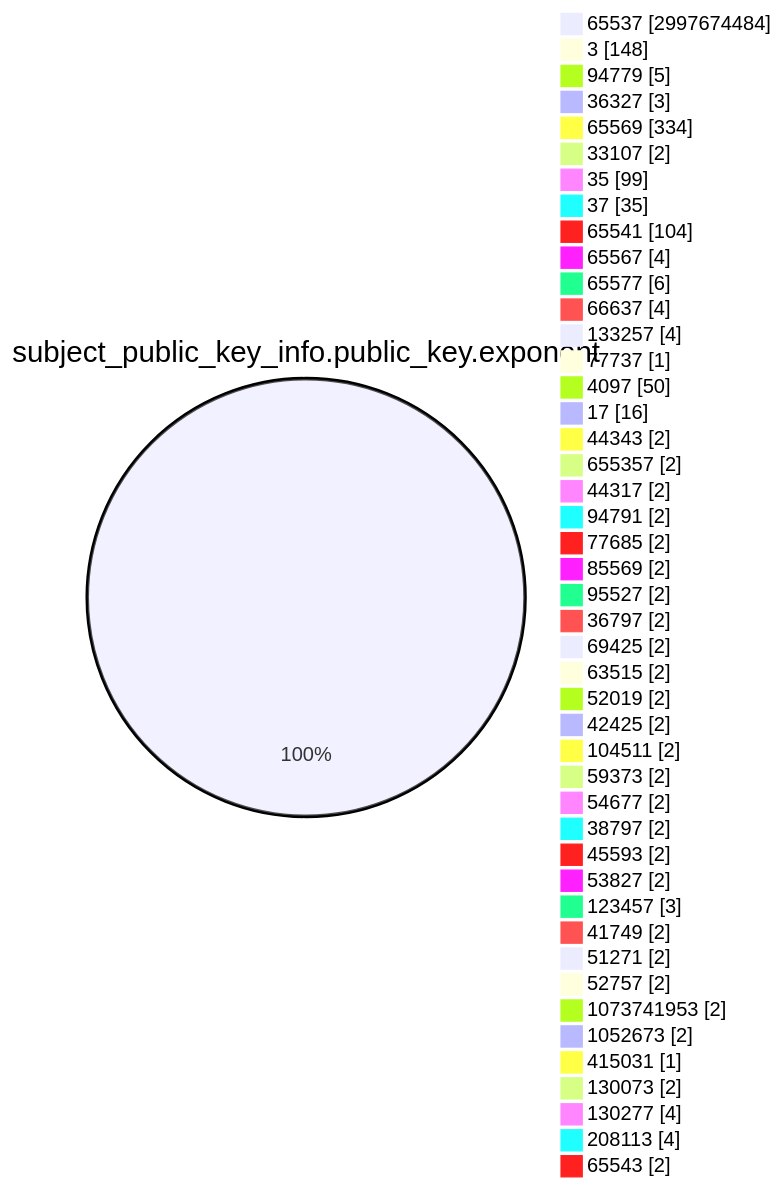
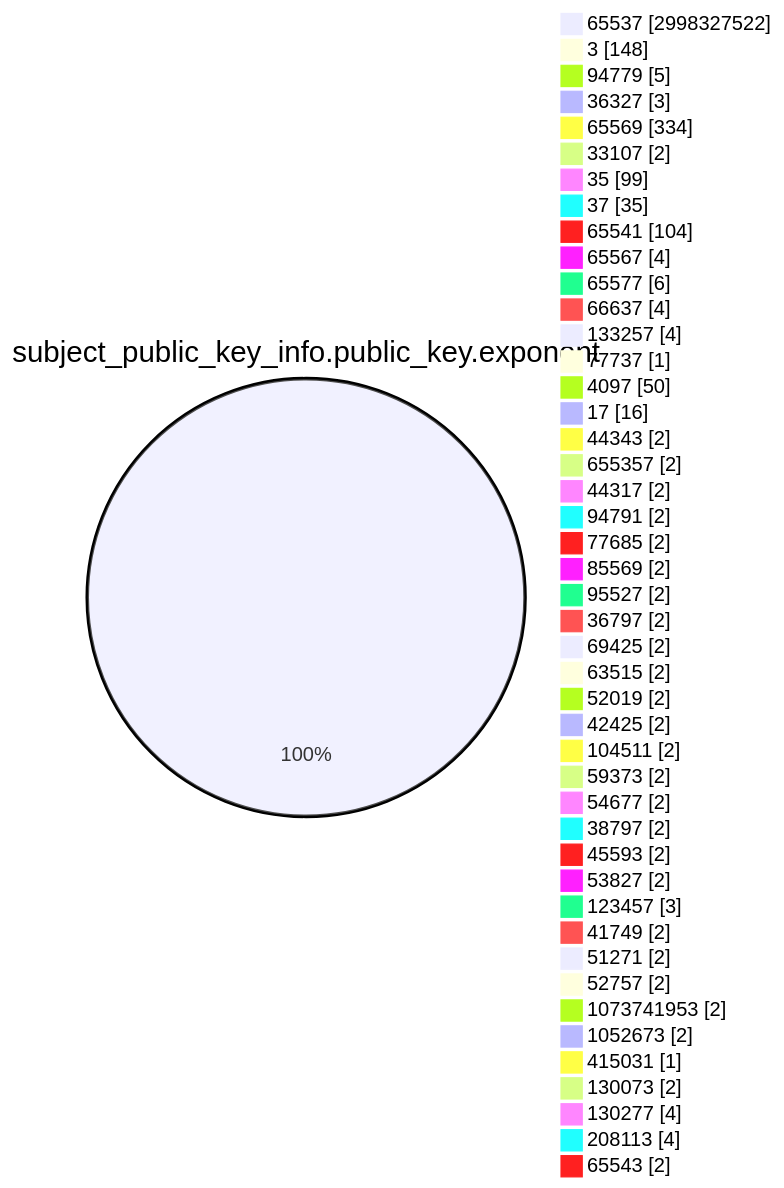
Before and after one commit to christiankrug/ctmonitor_visualization: the fourth of 15 diagrams in TOTAL/README.md, drawn with Mermaid. The commit also changed other lines of this file, not shown here.

````diff
--- a/TOTAL/README.md
+++ b/TOTAL/README.md
@@ -1472,49 +1472,49 @@
 ```mermaid
 pie showData
 title subject_public_key_info.public_key.exponent
-"65537" :2997674484
+"65537" :2998327522
 "3" :148
 "94779" :5
 "36327" :3
 "65569" :334
 "33107" :2
 "35" :99
 "37" :35
 "65541" :104
 "65567" :4
 "65577" :6
 "66637" :4
 "133257" :4
 "77737" :1
 "4097" :50
 "17" :16
 "44343" :2
 "655357" :2
 "44317" :2
 "94791" :2
 "77685" :2
 "85569" :2
 "95527" :2
 "36797" :2
 "69425" :2
 "63515" :2
 "52019" :2
 "42425" :2
 "104511" :2
 "59373" :2
 "54677" :2
 "38797" :2
 "45593" :2
 "53827" :2
 "123457" :3
 "41749" :2
 "51271" :2
 "52757" :2
 "1073741953" :2
 "1052673" :2
 "415031" :1
 "130073" :2
 "130277" :4
 "208113" :4
 "65543" :2
 ```
````
